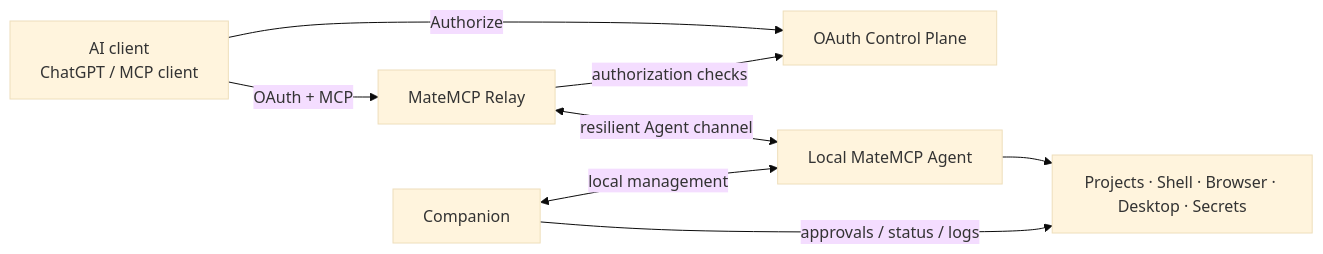
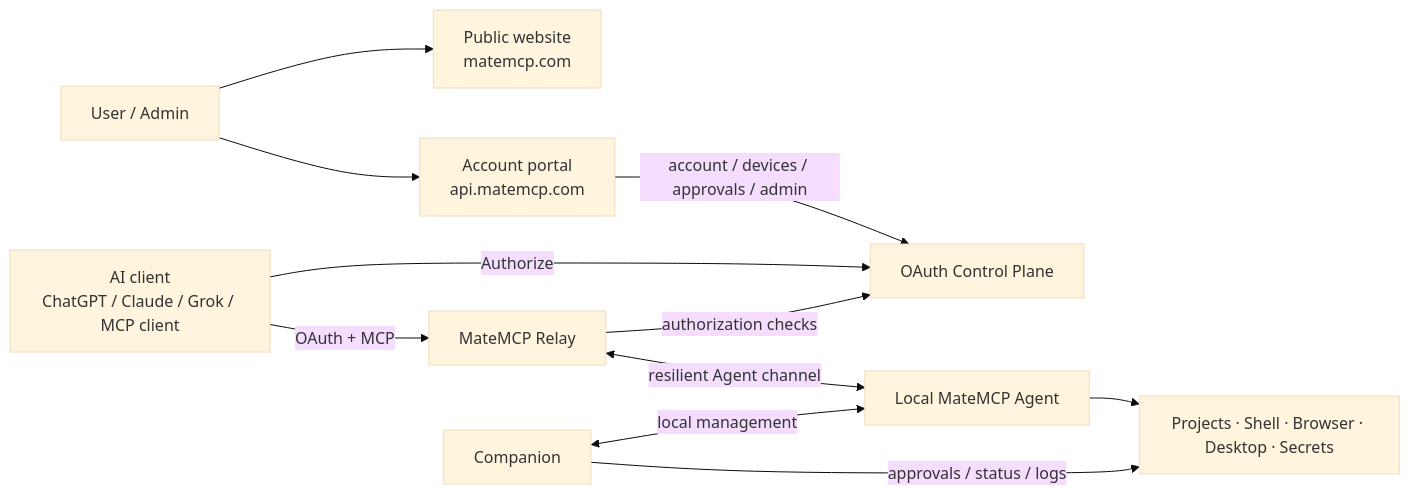
Before and after one commit to vrassouli/MateMCP: the diagram in README.md, drawn with Mermaid (base theme). The commit also changed other lines of this file and 3 other files, not shown here.

````diff
--- a/README.md
+++ b/README.md
@@ -25,17 +39,23 @@
 ```mermaid
 flowchart LR
-    AI[AI client\nChatGPT / MCP client]
+    User[User / Admin]
+    Site[Public website\nmatemcp.com]
+    Portal[Account portal\napi.matemcp.com]
+    AI[AI client\nChatGPT / Claude / Grok / MCP client]
     Relay[MateMCP Relay]
     API[OAuth Control Plane]
     Agent[Local MateMCP Agent]
     Companion[Companion]
     Machine[Projects · Shell · Browser · Desktop · Secrets]
 
+    User --> Site
+    User --> Portal
+    Portal -->|account / devices / approvals / admin| API
     AI -->|OAuth + MCP| Relay
     AI -->|Authorize| API
     Relay <-->|resilient Agent channel| Agent
     Agent --> Machine
     Companion <-->|local management| Agent
     Companion -->|approvals / status / logs| Machine
     Relay -->|authorization checks| API
 ```
````
